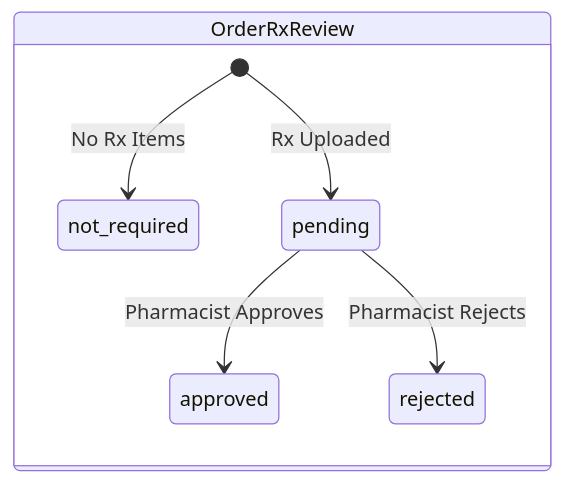
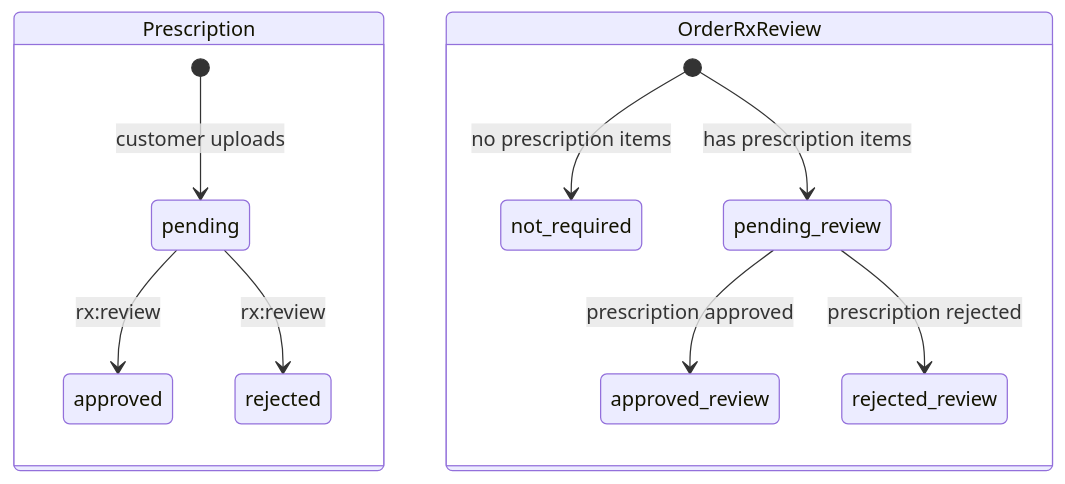
The eighth of 8 diagrams in docs/flows/state-machines.md (Ai-NativeLab/ServeOs), drawn with Mermaid before and after one commit. The commit also changed other lines of this file and 1 other file, not shown here.

First line of the commit message:
docs(flows): rewrite sequence diagrams and state machines from the code

````diff
--- a/docs/flows/state-machines.md
+++ b/docs/flows/state-machines.md
@@ -255,10 +207,14 @@
 ```mermaid
 stateDiagram-v2
+    state Prescription {
+        [*] --> pending: customer uploads
+        pending --> approved: rx:review
+        pending --> rejected: rx:review
+    }
     state OrderRxReview {
-        [*] --> not_required: No Rx Items
-        [*] --> pending: Rx Uploaded
-        
-        pending --> approved: Pharmacist Approves
-        pending --> rejected: Pharmacist Rejects
+        [*] --> not_required: no prescription items
+        [*] --> pending_review: has prescription items
+        pending_review --> approved_review: prescription approved
+        pending_review --> rejected_review: prescription rejected
     }
 ```
````
